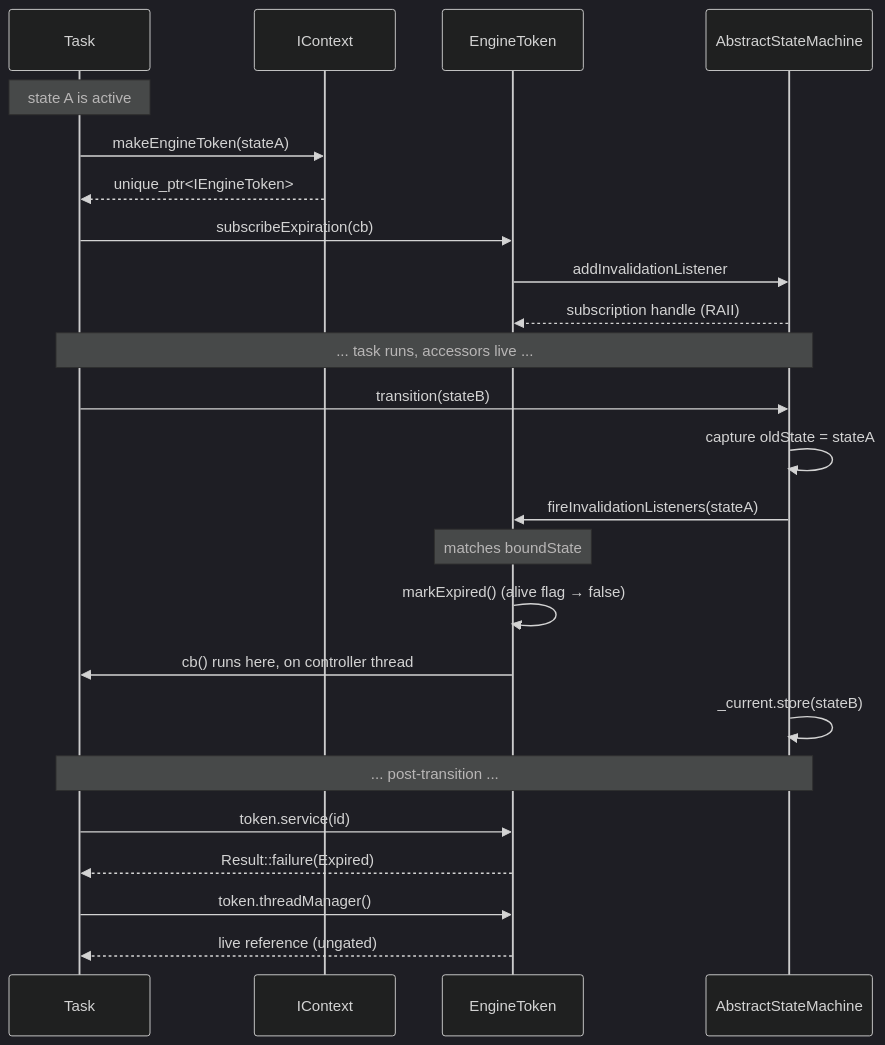
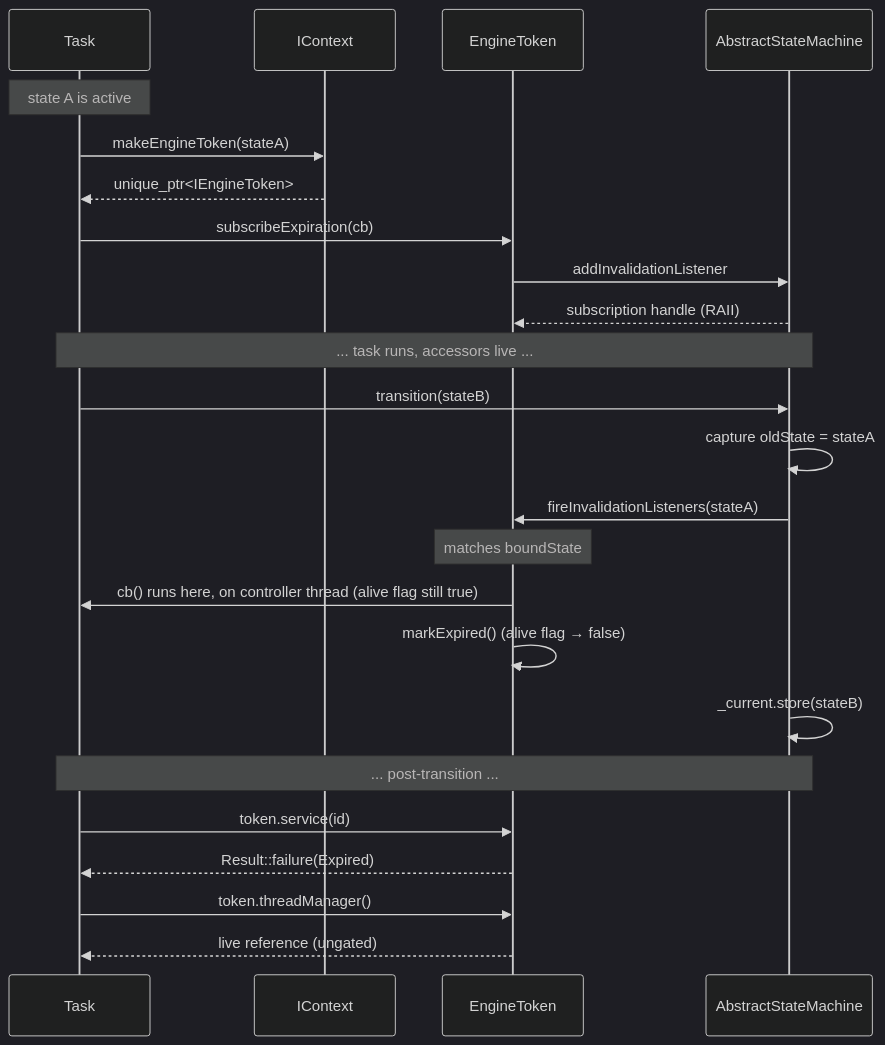
One commit to vigine-dev/Vigine changed the diagram in doc/ecs/engine-token.md. Above: the diagram before and after it, drawn with Mermaid (dark theme). The commit also changed other lines of this file, not shown here.

Commit message:
Sync engine-token doc with implementation and fix markdown tables (#289)

````diff
--- a/doc/ecs/engine-token.md
+++ b/doc/ecs/engine-token.md
@@ -156,31 +159,31 @@
 ```mermaid
 sequenceDiagram
     participant Task
     participant Context as IContext
     participant Token as EngineToken
     participant ASM as AbstractStateMachine
 
     Note over Task: state A is active
     Task->>Context: makeEngineToken(stateA)
     Context-->>Task: unique_ptr<IEngineToken>
     Task->>Token: subscribeExpiration(cb)
     Token->>ASM: addInvalidationListener
     ASM-->>Token: subscription handle (RAII)
 
     Note over Task,ASM: ... task runs, accessors live ...
 
     Task->>ASM: transition(stateB)
     ASM->>ASM: capture oldState = stateA
     ASM->>Token: fireInvalidationListeners(stateA)
     Note over Token: matches boundState
+    Token->>Task: cb() runs here, on controller thread (alive flag still true)
     Token->>Token: markExpired() (alive flag → false)
-    Token->>Task: cb() runs here, on controller thread
     ASM->>ASM: _current.store(stateB)
 
     Note over Task,ASM: ... post-transition ...
 
     Task->>Token: token.service(id)
     Token-->>Task: Result::failure(Expired)
     Task->>Token: token.threadManager()
     Token-->>Task: live reference (ungated)
 ```
````
